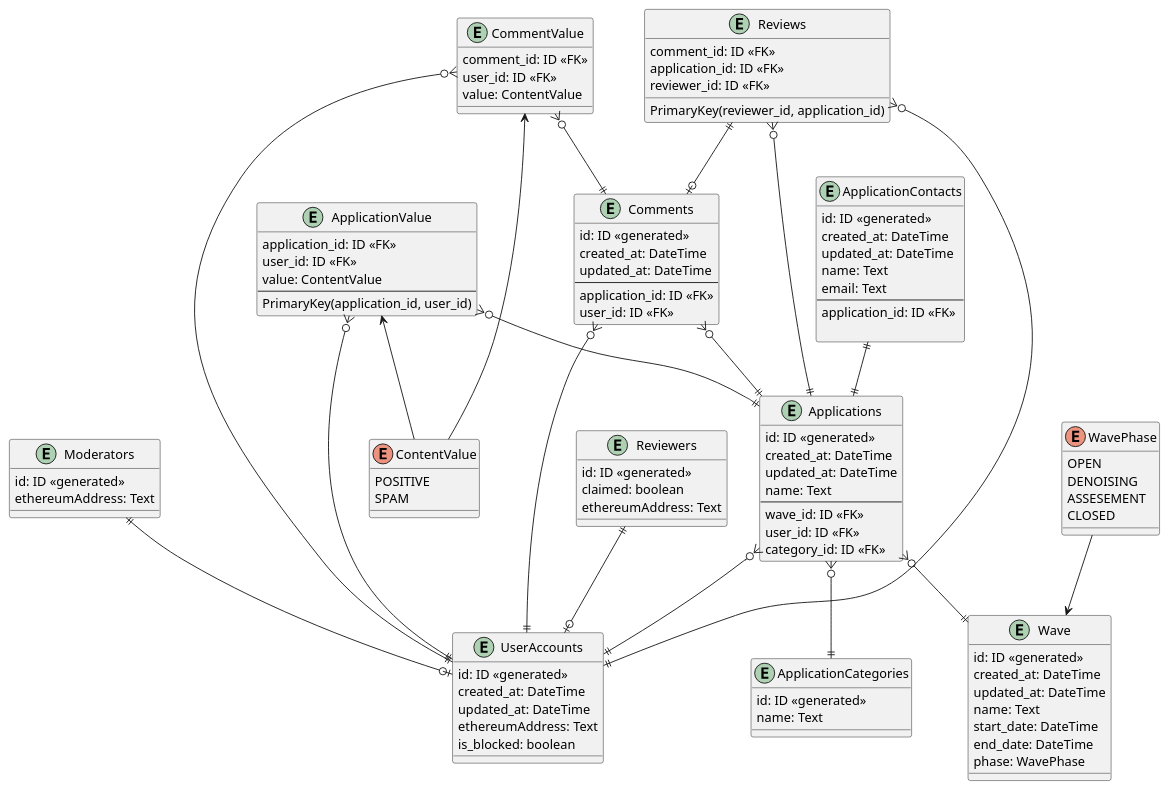
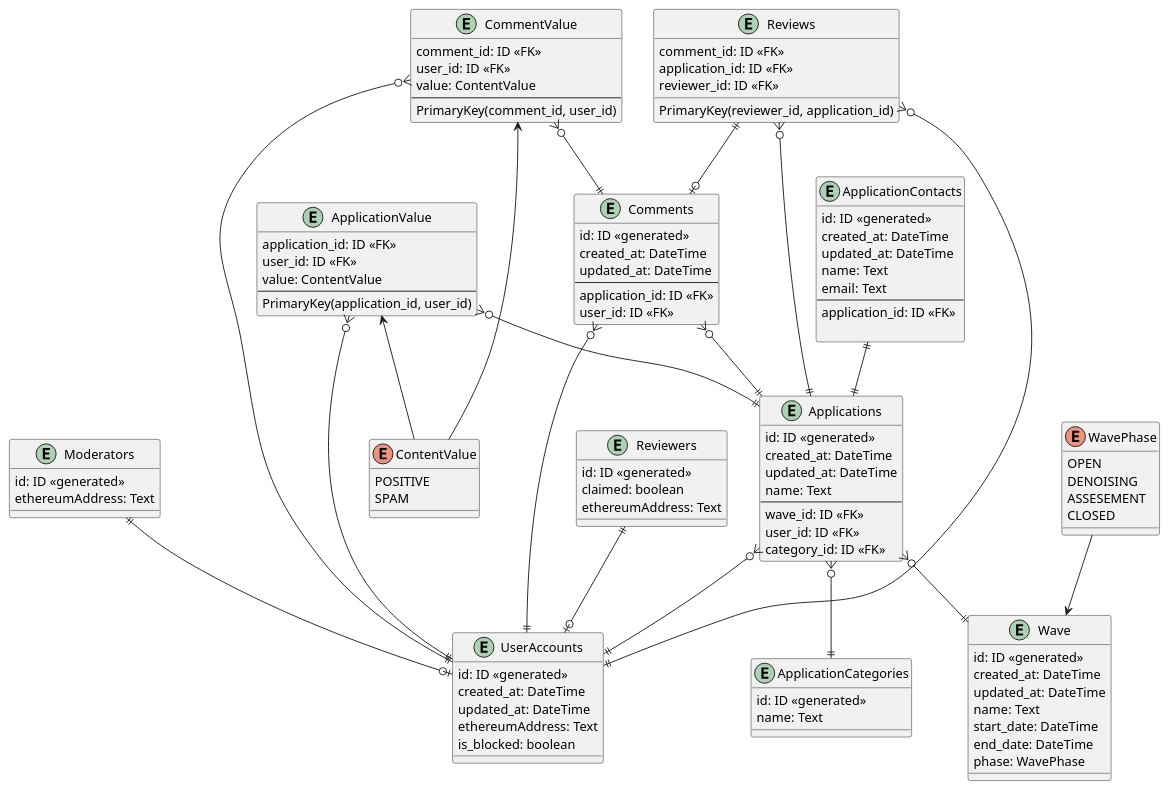
Before and after one commit to WallfacerLabs/popgdp: the diagram in diagrams/database.puml, drawn with PlantUML.

Commit message:
Add missing primary key

```diff
--- a/diagrams/database.puml
+++ b/diagrams/database.puml
@@ -1,126 +1,128 @@
 @startuml
 
 entity UserAccounts {
     id: ID <<generated>>
     created_at: DateTime
     updated_at: DateTime
     ethereumAddress: Text
     is_blocked: boolean
 }
 
 entity Reviewers {
     id: ID <<generated>>
     claimed: boolean
     ethereumAddress: Text
 }
 
 entity Moderators {
     id: ID <<generated>>
     ethereumAddress: Text 
 }
 
 entity Applications {
     id: ID <<generated>>
     created_at: DateTime
     updated_at: DateTime
     name: Text
     --
     wave_id: ID <<FK>>
     user_id: ID <<FK>>
     category_id: ID <<FK>>
 }
 
 'private data of application
 entity ApplicationContacts {
     id: ID <<generated>>
     created_at: DateTime
     updated_at: DateTime
     name: Text
     email: Text
     --
     application_id: ID <<FK>>
 
 }
 
 entity ApplicationCategories {
     id: ID <<generated>>
     name: Text
 }
 
 entity ApplicationValue {
     application_id: ID <<FK>>
     user_id: ID <<FK>>
     value: ContentValue
     --
     PrimaryKey(application_id, user_id)
 }
 
 entity Comments {
     id: ID <<generated>>
     created_at: DateTime
     updated_at: DateTime
     --
     application_id: ID <<FK>>
     user_id: ID <<FK>>
 }
 
 entity CommentValue {
     comment_id: ID <<FK>>
     user_id: ID <<FK>>
     value: ContentValue
+    --
+    PrimaryKey(comment_id, user_id)
 }
 
 enum ContentValue {
     POSITIVE
     SPAM
 }
 
 entity Reviews {
     comment_id: ID <<FK>>
     application_id: ID <<FK>>
     reviewer_id: ID <<FK>>
 
     PrimaryKey(reviewer_id, application_id)
 }
 
 entity Wave {
     id: ID <<generated>>
     created_at: DateTime
     updated_at: DateTime 
     name: Text
     start_date: DateTime
     end_date: DateTime
     phase: WavePhase
   
 }
 
 Reviewers ||--o| UserAccounts
 Moderators ||--o| UserAccounts
 Applications }o--|| Wave
 Applications }o--|| UserAccounts
 Comments }o--|| Applications
 Comments }o--|| UserAccounts
 Reviews ||--o| Comments
 Reviews }o--|| Applications
 Reviews }o--|| UserAccounts
 ApplicationContacts ||--|| Applications
 Applications }o--|| ApplicationCategories
 CommentValue }o--|| Comments
 CommentValue }o--|| UserAccounts
 ApplicationValue }o--|| Applications
 ApplicationValue }o--|| UserAccounts
 
 
 enum WavePhase {
     OPEN
     DENOISING
     ASSESEMENT
     CLOSED
 }
 
 WavePhase --> Wave
 
 CommentValue <-- ContentValue
 ApplicationValue <-- ContentValue
 
 @enduml
```
